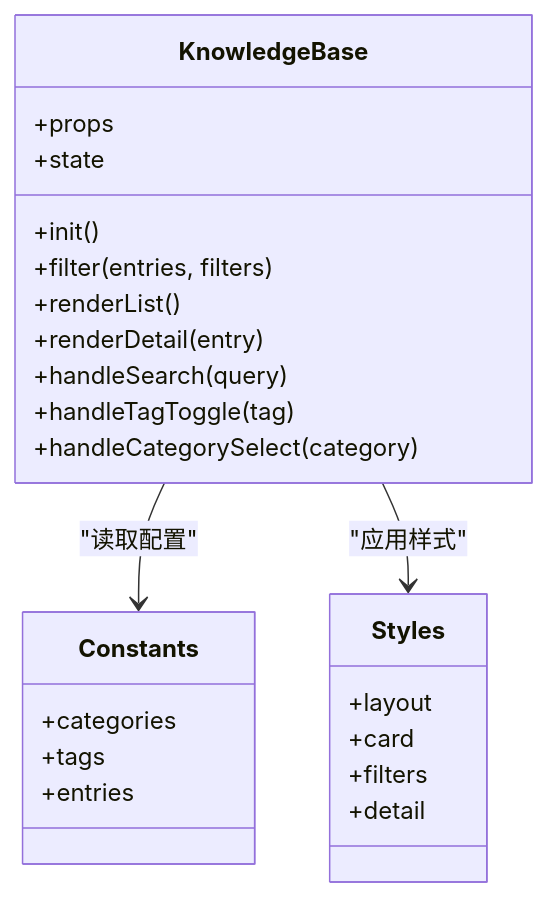
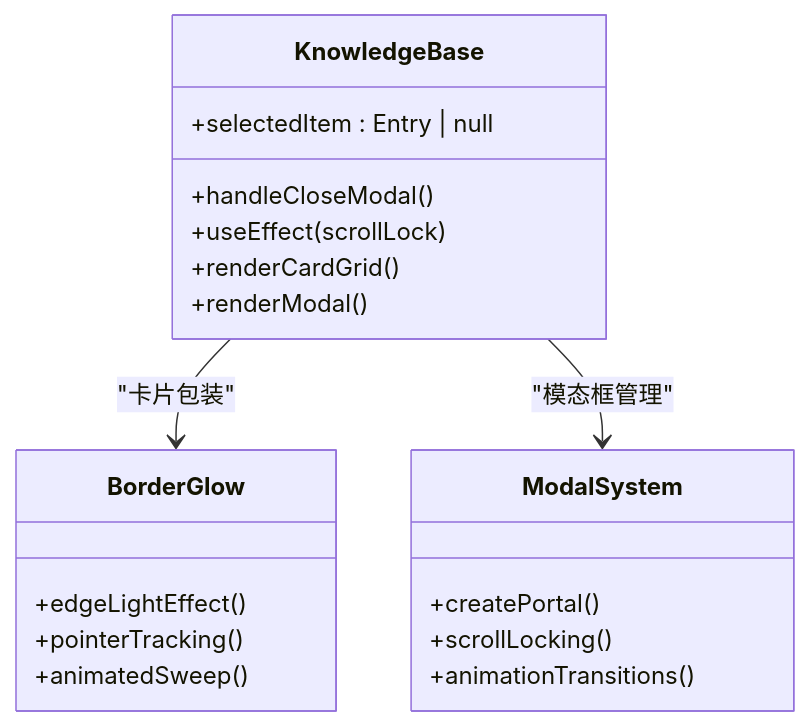
One commit to lithos666/lithos666.github.io changed the third of 4 diagrams in .qoder/repowiki/zh/content/核心功能模块/知识基础组件.md. Above: the diagram before and after it, drawn with Mermaid. The commit also changed other lines of this file and 51 other files, not shown here.

````diff
--- a/.qoder/repowiki/zh/content/核心功能模块/知识基础组件.md
+++ b/.qoder/repowiki/zh/content/核心功能模块/知识基础组件.md
@@ -162,27 +163,22 @@
 ```mermaid
 classDiagram
 class KnowledgeBase {
-+props
-+state
-+init()
-+filter(entries, filters)
-+renderList()
-+renderDetail(entry)
-+handleSearch(query)
-+handleTagToggle(tag)
-+handleCategorySelect(category)
++selectedItem : Entry | null
++handleCloseModal()
++useEffect(scrollLock)
++renderCardGrid()
++renderModal()
 }
-class Constants {
-+categories
-+tags
-+entries
+class BorderGlow {
++edgeLightEffect()
++pointerTracking()
++animatedSweep()
 }
-class Styles {
-+layout
-+card
-+filters
-+detail
+class ModalSystem {
++createPortal()
++scrollLocking()
++animationTransitions()
 }
-KnowledgeBase --> Constants : "读取配置"
-KnowledgeBase --> Styles : "应用样式"
+KnowledgeBase --> BorderGlow : "卡片包装"
+KnowledgeBase --> ModalSystem : "模态框管理"
 ```
````
